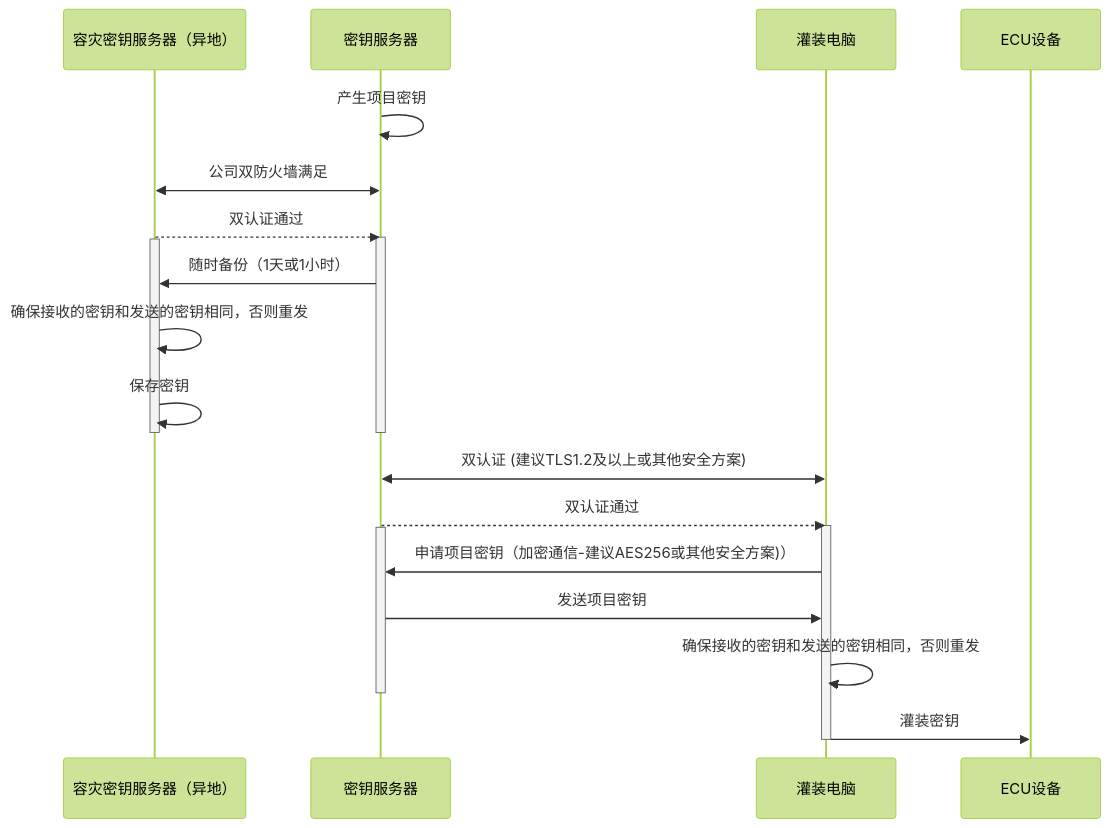
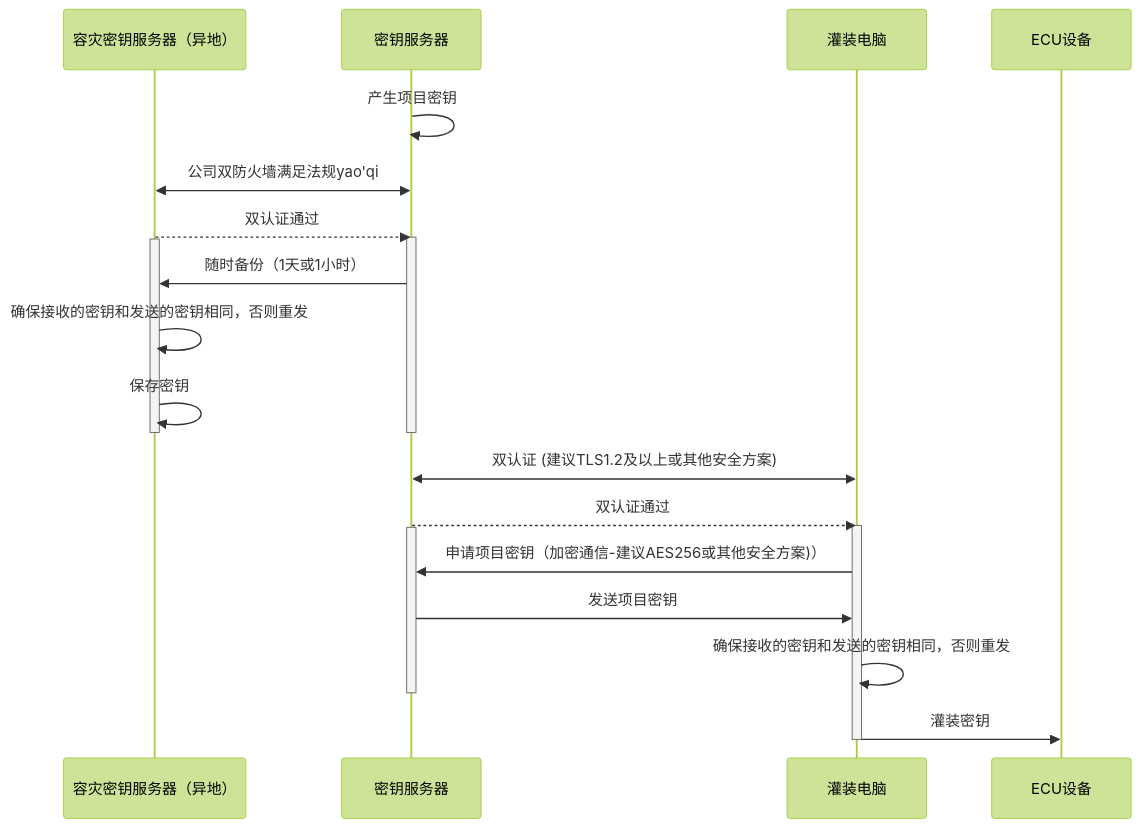
One commit to facebook-cloud/iodraw-files changed the diagram in all/未命名-15.md. Above: the diagram before and after it, drawn with Mermaid (forest theme).

Commit message:
2026-02-07 09:45:59 update

````diff
--- a/all/未命名-15.md
+++ b/all/未命名-15.md
@@ -1,32 +1,32 @@
 ```mermaid
 sequenceDiagram
     participant B as 容灾密钥服务器（异地）
     participant A as 密钥服务器
     participant C as 灌装电脑
     participant D as ECU设备
 
     A->>A: 产生项目密钥
-    A<<->>B: 公司双防火墙满足
+    A<<->>B: 公司双防火墙满足法规yao'qi
     B-->>A: 双认证通过
     activate A
     activate B
     A->>B: 随时备份（1天或1小时）
 
     B->>B: 确保接收的密钥和发送的密钥相同，否则重发
     B->>B: 保存密钥
     deactivate B
     deactivate A
 
     C<<->>A: 双认证 (建议TLS1.2及以上或其他安全方案)
     A-->>C: 双认证通过
     activate C
     activate A
     C->>A: 申请项目密钥（加密通信-建议AES256或其他安全方案)）
     A->>C: 发送项目密钥
 
     C->>C: 确保接收的密钥和发送的密钥相同，否则重发
     deactivate A
     C->>D: 灌装密钥
     deactivate C
 
 ```
````
